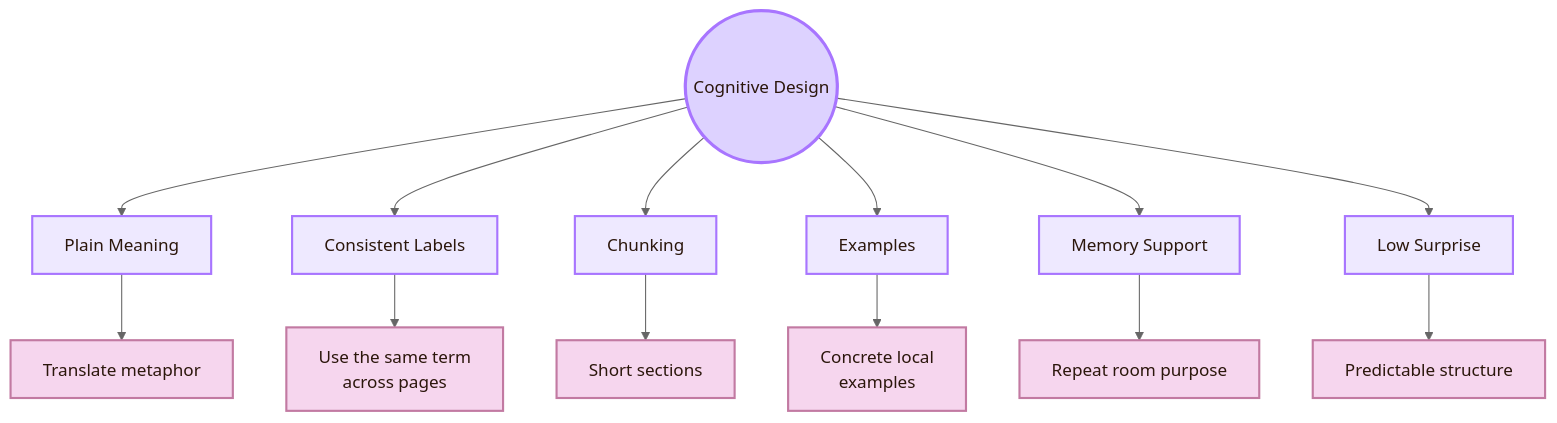
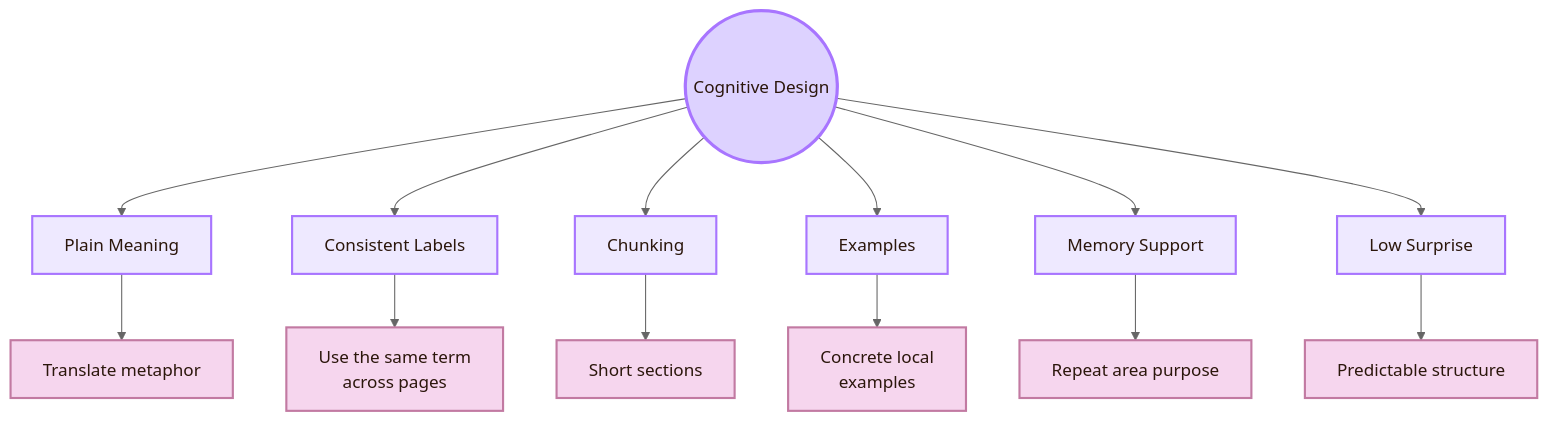
The tenth of 13 diagrams in 01_Core_Area_HCI/001_Subareas/04_Accessibility_and_Accountability/Activities/Design.md (andreitegzes06-ui/CogniShire), drawn with Mermaid (neutral theme) before and after one commit. The commit also changed other lines of this file and 132 other files, not shown here.

````diff
--- a/01_Core_Area_HCI/001_Subareas/04_Accessibility_and_Accountability/Activities/Design.md
+++ b/01_Core_Area_HCI/001_Subareas/04_Accessibility_and_Accountability/Activities/Design.md
@@ -442,26 +297,26 @@
 ```mermaid
 flowchart TB
     A((Cognitive Design))
 
     A --> B[Plain Meaning]
     A --> C[Consistent Labels]
     A --> D[Chunking]
     A --> E[Examples]
     A --> F[Memory Support]
     A --> G[Low Surprise]
 
     B --> B1[Translate metaphor]
     C --> C1[Use the same term<br/>across pages]
     D --> D1[Short sections]
     E --> E1[Concrete local<br/>examples]
-    F --> F1[Repeat room purpose]
+    F --> F1[Repeat area purpose]
     G --> G1[Predictable structure]
 
     classDef center fill:#ddd2ff,stroke:#a875ff,color:#2b160b,stroke-width:3px;
     classDef node fill:#eee9ff,stroke:#a875ff,color:#2b160b,stroke-width:2px;
     classDef detail fill:#f6d6ee,stroke:#c27aa2,color:#2b160b,stroke-width:2px;
 
     class A center;
     class B,C,D,E,F,G node;
     class B1,C1,D1,E1,F1,G1 detail;
 ```
````
